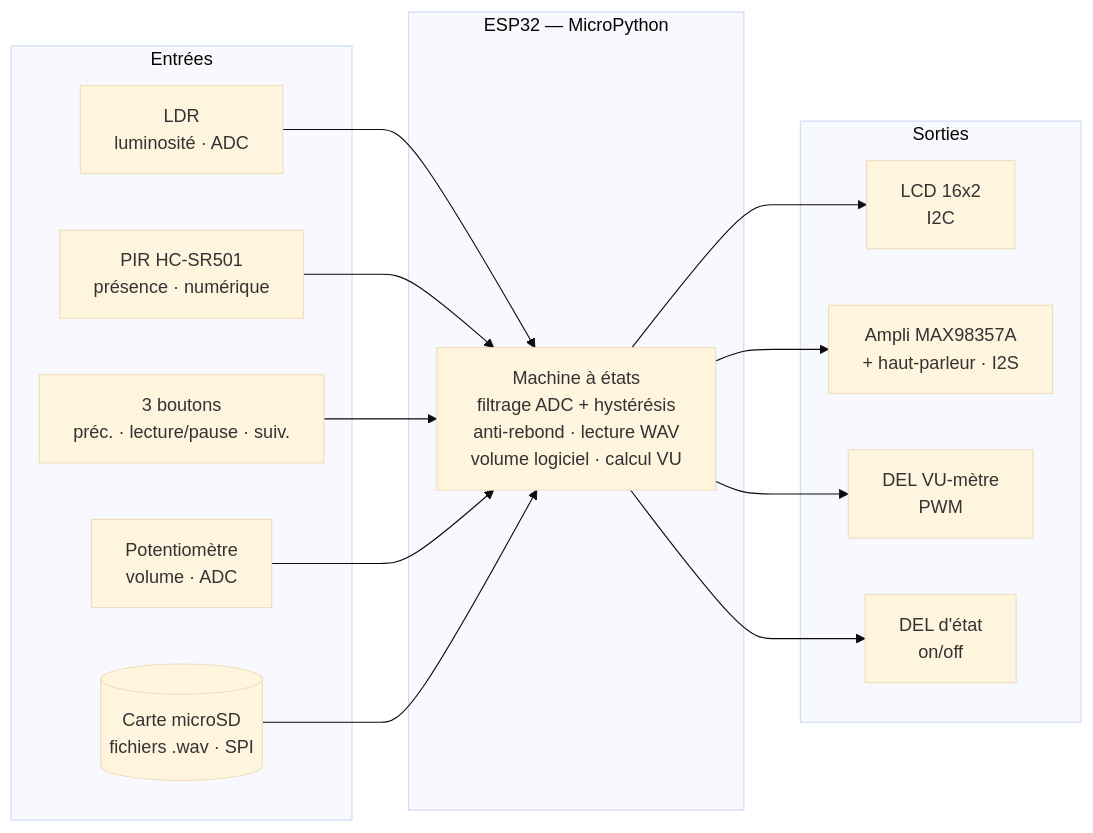
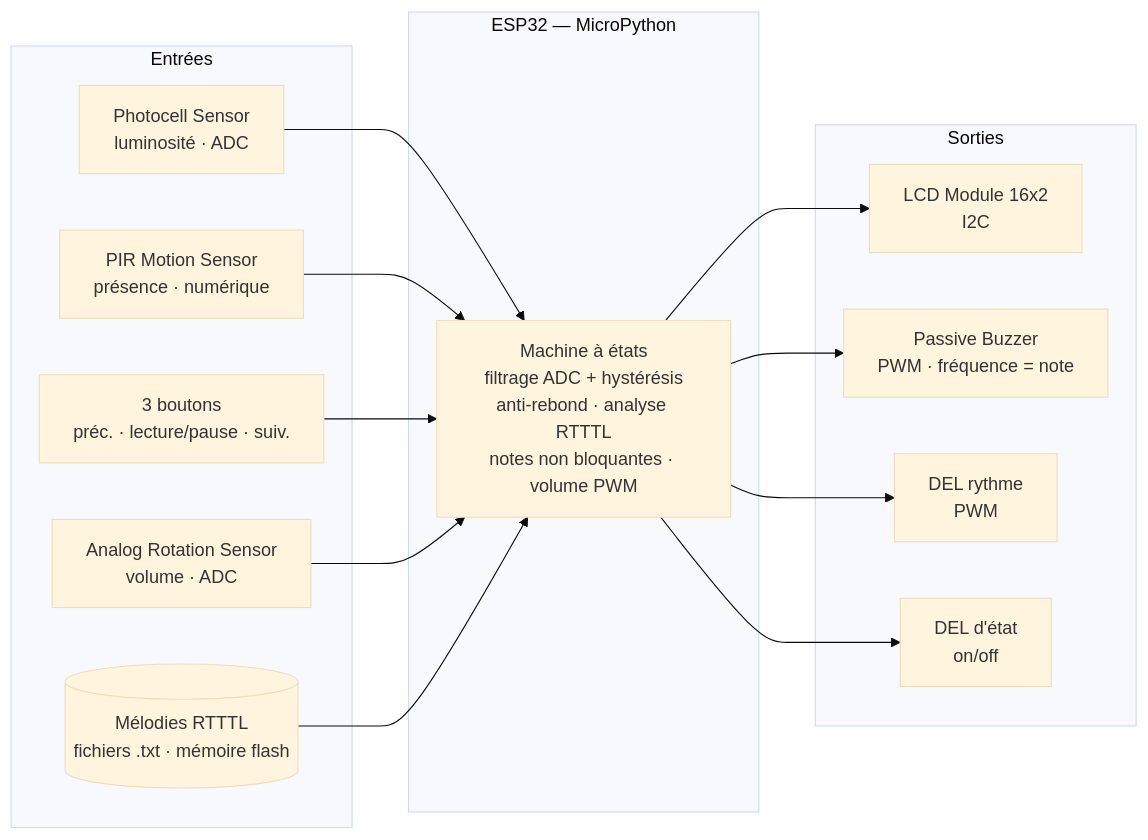
Before and after one commit to Fckmads07/Esp-32-Radio: the first of 2 diagrams in docs/livrable1.md, drawn with Mermaid (base theme). The commit also changed other lines of this file and 4 other files, not shown here.

````diff
--- a/docs/livrable1.md
+++ b/docs/livrable1.md
@@ -18,28 +21,28 @@
 ```mermaid
 flowchart LR
   subgraph E[Entrées]
-    LDR[LDR<br/>luminosité · ADC]
-    PIR[PIR HC-SR501<br/>présence · numérique]
+    LDR[Photocell Sensor<br/>luminosité · ADC]
+    PIR[PIR Motion Sensor<br/>présence · numérique]
     BTN[3 boutons<br/>préc. · lecture/pause · suiv.]
-    POT[Potentiomètre<br/>volume · ADC]
-    SD[(Carte microSD<br/>fichiers .wav · SPI)]
+    POT[Analog Rotation Sensor<br/>volume · ADC]
+    MEL[(Mélodies RTTTL<br/>fichiers .txt · mémoire flash)]
   end
   subgraph T[ESP32 — MicroPython]
-    CPU[Machine à états<br/>filtrage ADC + hystérésis<br/>anti-rebond · lecture WAV<br/>volume logiciel · calcul VU]
+    CPU[Machine à états<br/>filtrage ADC + hystérésis<br/>anti-rebond · analyse RTTTL<br/>notes non bloquantes · volume PWM]
   end
   subgraph S[Sorties]
-    LCD[LCD 16x2<br/>I2C]
-    AUD[Ampli MAX98357A<br/>+ haut-parleur · I2S]
-    VU[DEL VU-mètre<br/>PWM]
+    LCD[LCD Module 16x2<br/>I2C]
+    BUZ[Passive Buzzer<br/>PWM · fréquence = note]
+    RYT[DEL rythme<br/>PWM]
     ETAT[DEL d'état<br/>on/off]
   end
   LDR --> CPU
   PIR --> CPU
   BTN --> CPU
   POT --> CPU
-  SD --> CPU
+  MEL --> CPU
   CPU --> LCD
-  CPU --> AUD
-  CPU --> VU
+  CPU --> BUZ
+  CPU --> RYT
   CPU --> ETAT
 ```
````
